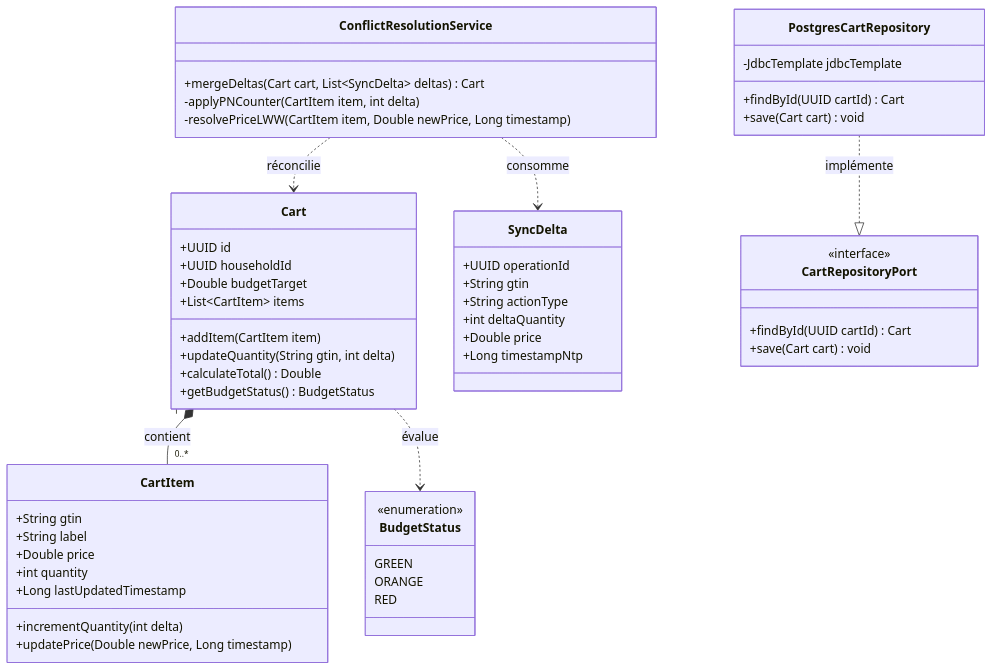
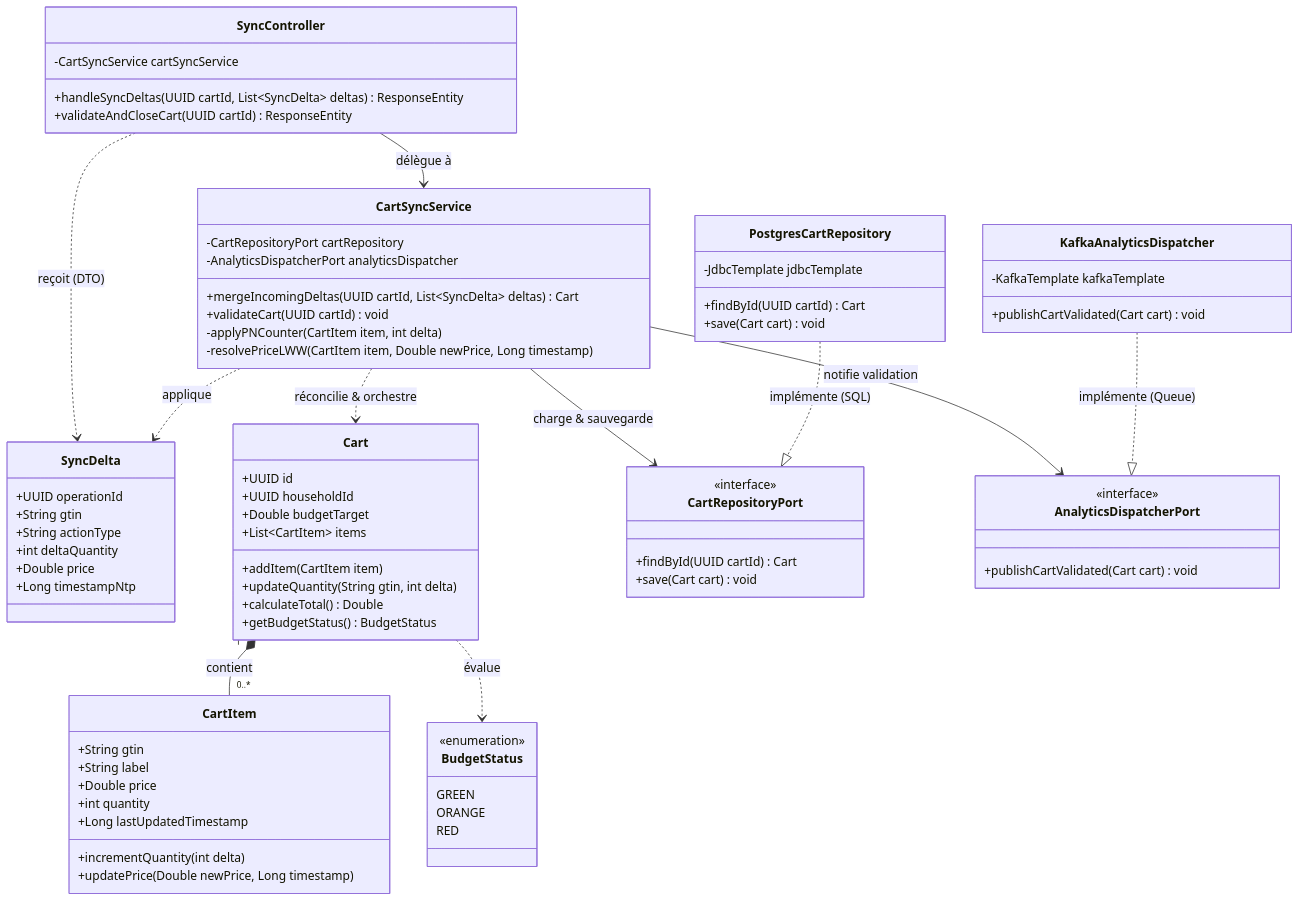
The sixth of 6 diagrams in docs/architecture.md (Edsaje/kestachet), drawn with Mermaid before and after one commit. The commit also changed other lines of this file and 1 other file, not shown here.

Commit message:
docs: raccordement complet du schéma C4 (Code) avec C1, C2, C3 et l'architecture Hexagonale

````diff
--- a/docs/architecture.md
+++ b/docs/architecture.md
@@ -354,6 +357,34 @@
 classDiagram
     direction TB
 
+    %% 1. COUCHE CONTROLLER (Entrée depuis C2 / C3)
+    class SyncController {
+        -CartSyncService cartSyncService
+        +handleSyncDeltas(UUID cartId, List~SyncDelta~ deltas) ResponseEntity
+        +validateAndCloseCart(UUID cartId) ResponseEntity
+    }
+
+    %% 2. DTO / PAYLOAD RÉSEAU (Scans hors-ligne)
+    class SyncDelta {
+        +UUID operationId
+        +String gtin
+        +String actionType
+        +int deltaQuantity
+        +Double price
+        +Long timestampNtp
+    }
+
+    %% 3. COUCHE SERVICE MÉTIER (Orchestration & CRDT depuis C3)
+    class CartSyncService {
+        -CartRepositoryPort cartRepository
+        -AnalyticsDispatcherPort analyticsDispatcher
+        +mergeIncomingDeltas(UUID cartId, List~SyncDelta~ deltas) Cart
+        +validateCart(UUID cartId) void
+        -applyPNCounter(CartItem item, int delta)
+        -resolvePriceLWW(CartItem item, Double newPrice, Long timestamp)
+    }
+
+    %% 4. COUCHE DOMAIN MODEL (Cœur Métier & Budget depuis Hexagone / C3)
     class Cart {
         +UUID id
         +UUID householdId
@@ -382,21 +413,7 @@
         RED
     }
 
-    class ConflictResolutionService {
-        +mergeDeltas(Cart cart, List~SyncDelta~ deltas) Cart
-        -applyPNCounter(CartItem item, int delta)
-        -resolvePriceLWW(CartItem item, Double newPrice, Long timestamp)
-    }
-
-    class SyncDelta {
-        +UUID operationId
-        +String gtin
-        +String actionType
-        +int deltaQuantity
-        +Double price
-        +Long timestampNtp
-    }
-
+    %% 5. COUCHE REPOSITORY (Persistance SQL PostgreSQL depuis C2 / C3)
     class CartRepositoryPort {
         <<interface>>
         +findById(UUID cartId) Cart
@@ -409,10 +426,29 @@
         +save(Cart cart) void
     }
 
-    %% Relations UML
+    %% 6. COUCHE ASYNC DISPATCHER (Ingestion Asynchrone Analytics depuis C1 / C2 / C3)
+    class AnalyticsDispatcherPort {
+        <<interface>>
+        +publishCartValidated(Cart cart) void
+    }
+
+    class KafkaAnalyticsDispatcher {
+        -KafkaTemplate kafkaTemplate
+        +publishCartValidated(Cart cart) void
+    }
+
+    %% RELATIONS INTER-CLASSES & INVERSION DE DÉPENDANCE
+    SyncController --> CartSyncService : délègue à
+    SyncController ..> SyncDelta : reçoit (DTO)
+    CartSyncService ..> SyncDelta : applique
+
+    CartSyncService --> CartRepositoryPort : charge & sauvegarde
+    CartSyncService --> AnalyticsDispatcherPort : notifie validation
+    CartSyncService ..> Cart : réconcilie & orchestre
+
+    PostgresCartRepository ..|> CartRepositoryPort : implémente (SQL)
+    KafkaAnalyticsDispatcher ..|> AnalyticsDispatcherPort : implémente (Queue)
+
     Cart "1" *-- "0..*" CartItem : contient
     Cart ..> BudgetStatus : évalue
-    ConflictResolutionService ..> Cart : réconcilie
-    ConflictResolutionService ..> SyncDelta : consomme
-    PostgresCartRepository ..|> CartRepositoryPort : implémente
 ```
````
